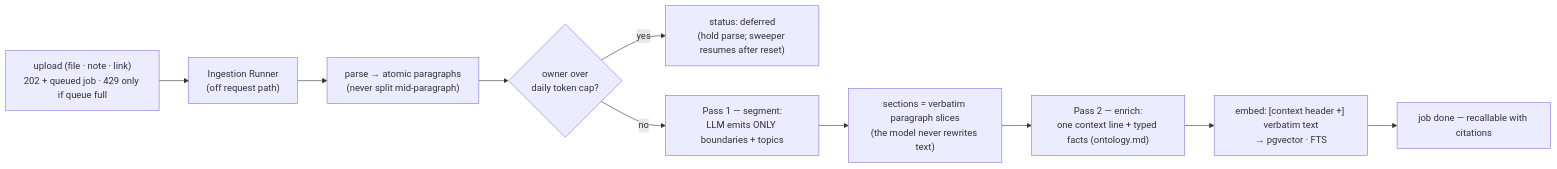
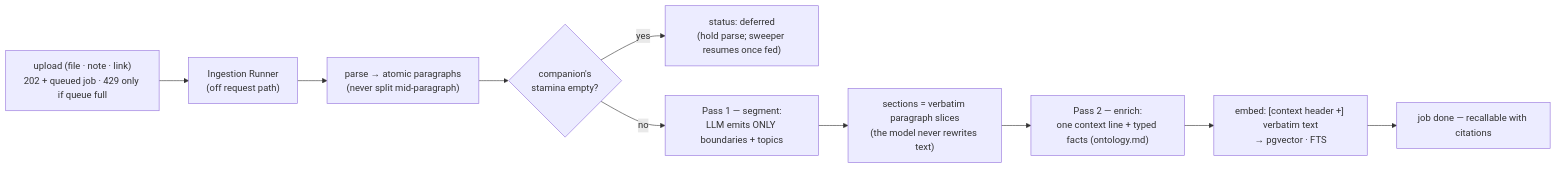
One commit to CobbleStamp/CobbleCompanion changed the eighth of 9 diagrams in docs/architecture.md. Above: the diagram before and after it, drawn with Mermaid. The commit also changed other lines of this file and 87 other files, not shown here.

````diff
--- a/docs/architecture.md
+++ b/docs/architecture.md
@@ -468,12 +477,12 @@
 ```mermaid
 flowchart LR
     UP["upload (file · note · link)<br/>202 + queued job · 429 only if queue full"] --> RUN["Ingestion Runner<br/>(off request path)"]
     RUN --> PARSE["parse → atomic paragraphs<br/>(never split mid-paragraph)"]
-    PARSE --> GATE{"owner over<br/>daily token cap?"}
-    GATE -->|yes| DEFER["status: deferred<br/>(hold parse; sweeper resumes after reset)"]
+    PARSE --> GATE{"companion's<br/>stamina empty?"}
+    GATE -->|yes| DEFER["status: deferred<br/>(hold parse; sweeper resumes once fed)"]
     GATE -->|no| P1["Pass 1 — segment:<br/>LLM emits ONLY boundaries + topics"]
     P1 --> SECT["sections = verbatim paragraph slices<br/>(the model never rewrites text)"]
     SECT --> P2["Pass 2 — enrich:<br/>one context line + typed facts (ontology.md)"]
     P2 --> EMB["embed: [context header +] verbatim text<br/>→ pgvector · FTS"]
     EMB --> DONE["job done — recallable with citations"]
 ```
````
